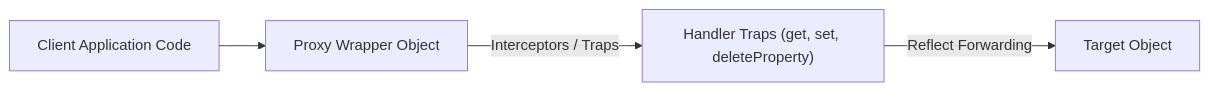
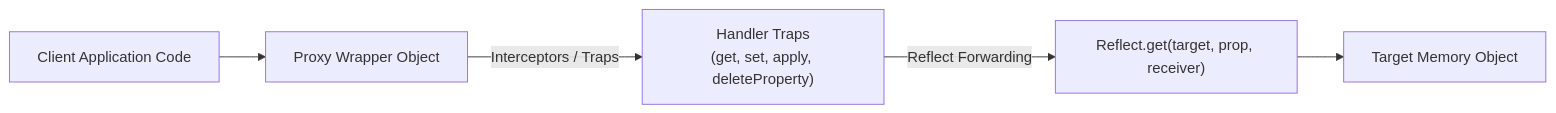
One commit to Amie-dev/engineering-playbook changed the first of 3 diagrams in js-notes/38-proxy-and-reflect.md. Above: the diagram before and after it, drawn with Mermaid. The commit also changed other lines of this file and 42 other files, not shown here.

````diff
--- a/js-notes/38-proxy-and-reflect.md
+++ b/js-notes/38-proxy-and-reflect.md
@@ -10,6 +17,7 @@
 ```mermaid
 flowchart LR
     Caller[Client Application Code] --> ProxyObj["Proxy Wrapper Object"]
-    ProxyObj -->|Interceptors / Traps| Trap["Handler Traps (get, set, deleteProperty)"]
-    Trap -->|Reflect Forwarding| Target["Target Object"]
+    ProxyObj -->|Interceptors / Traps| Traps["Handler Traps<br/>(get, set, apply, deleteProperty)"]
+    Traps -->|Reflect Forwarding| Forward["Reflect.get(target, prop, receiver)"]
+    Forward --> Target["Target Memory Object"]
 ```
````
